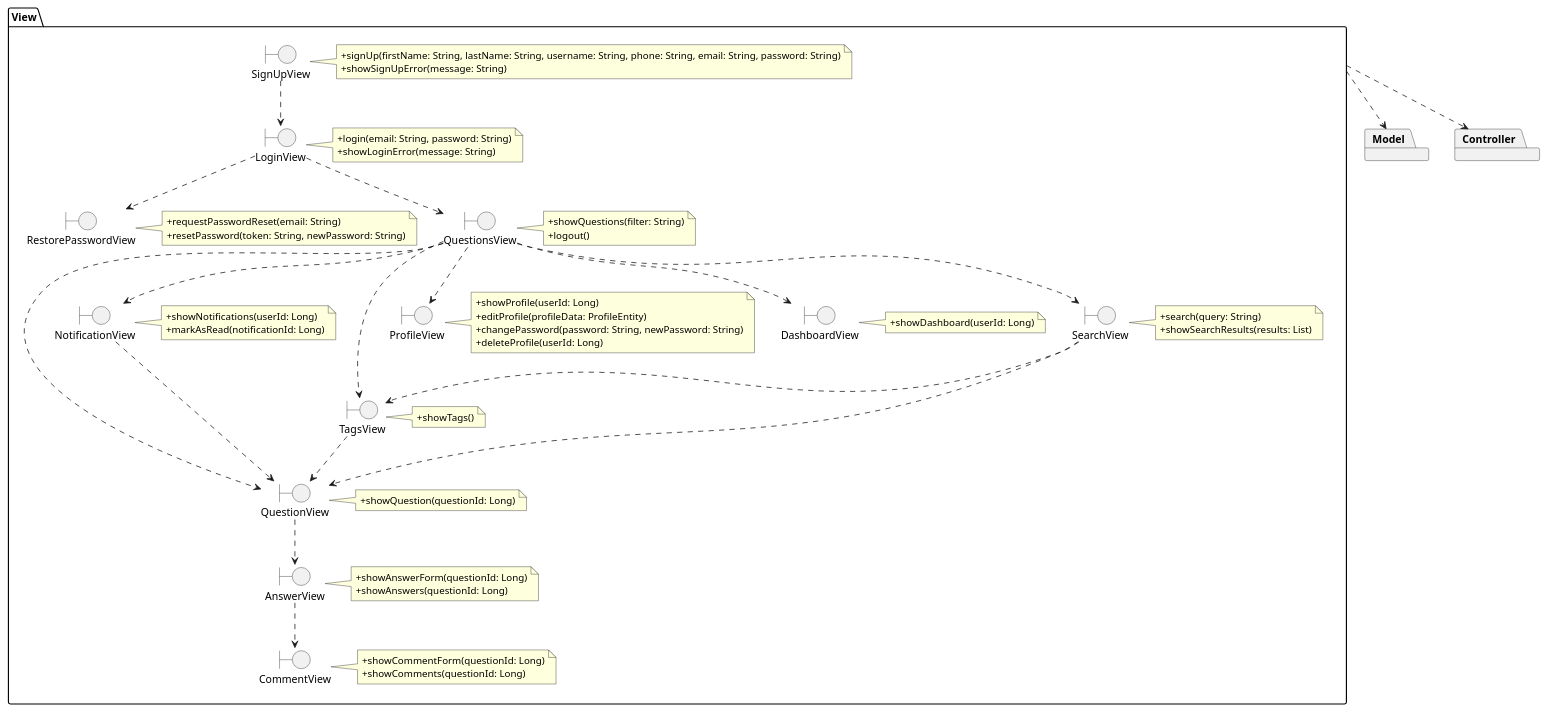
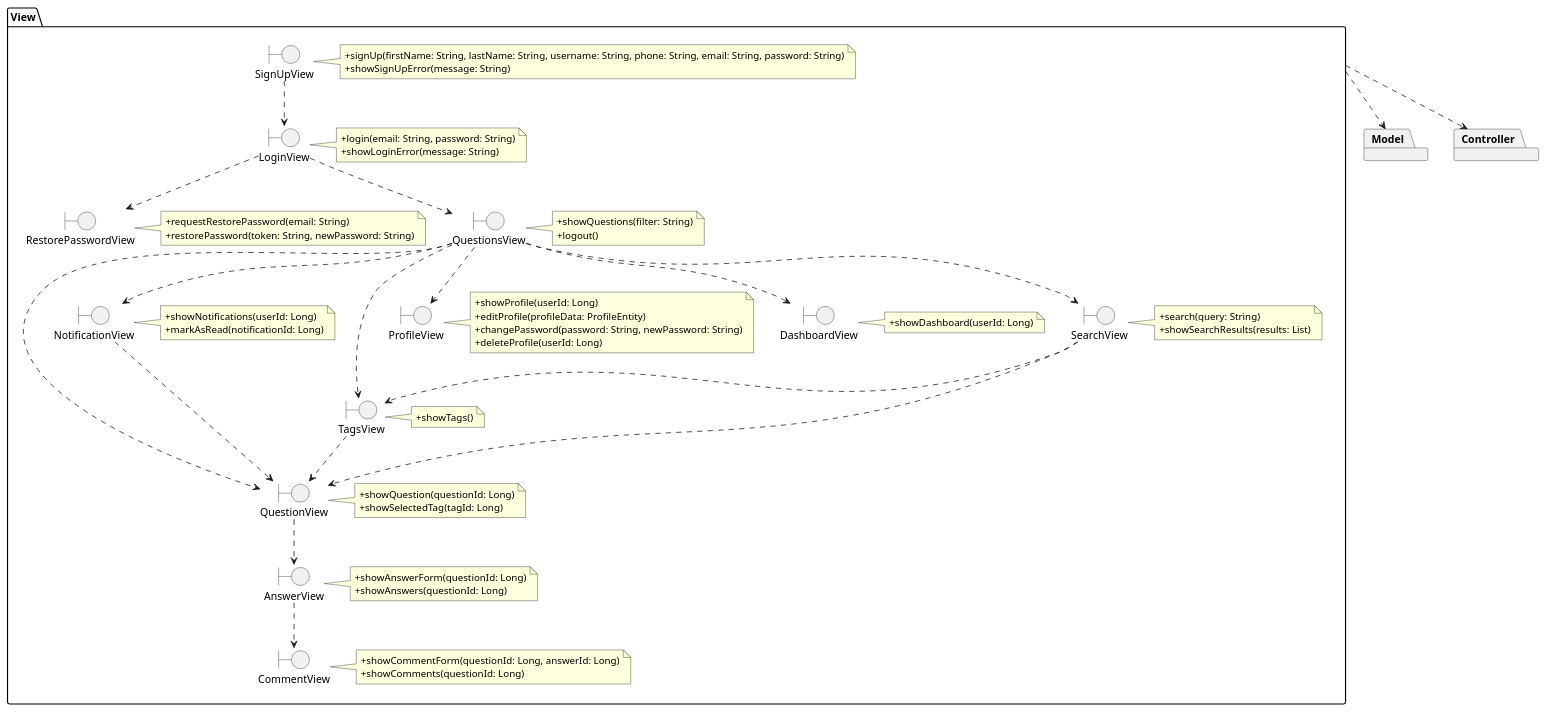
Before and after one commit to rafaelacirino/miw-backend-foro: the diagram in src/main/resources/templates/logic/packageView.puml, drawn with PlantUML. The commit also changed 8 other files, not shown here.

Commit message:
added use case analysis diagrams

```diff
--- a/src/main/resources/templates/logic/packageView.puml
+++ b/src/main/resources/templates/logic/packageView.puml
@@ -1,102 +1,103 @@
 @startuml
 
 package Model {
 }
 
 package Controller {
 }
 
 View .down.> Controller
 View .down.> Model
 
 package View {
     boundary SignUpView
         note right of SignUpView
             +signUp(firstName: String, lastName: String, username: String, phone: String, email: String, password: String)
             +showSignUpError(message: String)
         end note
 
     boundary LoginView
     note right of LoginView
         +login(email: String, password: String)
         +showLoginError(message: String)
     end note
 
     boundary RestorePasswordView
     note right of RestorePasswordView
-        +requestPasswordReset(email: String)
-        +resetPassword(token: String, newPassword: String)
+        +requestRestorePassword(email: String)
+        +restorePassword(token: String, newPassword: String)
     end note
 
     boundary QuestionsView
     note right of QuestionsView
         +showQuestions(filter: String)
         +logout()
     end note
 
     boundary QuestionView
     note right of QuestionView
         +showQuestion(questionId: Long)
+        +showSelectedTag(tagId: Long)
     end note
 
     boundary AnswerView
     note right of AnswerView
         +showAnswerForm(questionId: Long)
         +showAnswers(questionId: Long)
     end note
 
     boundary CommentView
     note right of CommentView
-        +showCommentForm(questionId: Long)
+        +showCommentForm(questionId: Long, answerId: Long)
         +showComments(questionId: Long)
     end note
 
     boundary NotificationView
     note right of NotificationView
         +showNotifications(userId: Long)
         +markAsRead(notificationId: Long)
     end note
 
     boundary TagsView
     note right of TagsView
         +showTags()
     end note
 
     boundary ProfileView
     note right of ProfileView
         +showProfile(userId: Long)
         +editProfile(profileData: ProfileEntity)
         +changePassword(password: String, newPassword: String)
         +deleteProfile(userId: Long)
     end note
 
     boundary DashboardView
     note right of DashboardView
         +showDashboard(userId: Long)
     end note
 
     boundary SearchView
     note right of SearchView
         +search(query: String)
         +showSearchResults(results: List)
     end note
 
     SignUpView ..> LoginView
     LoginView ..> QuestionsView
     LoginView ..> RestorePasswordView
     QuestionsView ..> QuestionView
     QuestionsView ..> NotificationView
     QuestionsView ..> TagsView
     QuestionsView ..> ProfileView
     QuestionsView ..> DashboardView
     QuestionView ..> AnswerView
     AnswerView ..> CommentView
     NotificationView ..> QuestionView
     TagsView ..> QuestionView
     QuestionsView ..> SearchView
     SearchView ..> TagsView
     SearchView ..> QuestionView
 
 }
 
 @enduml
```
